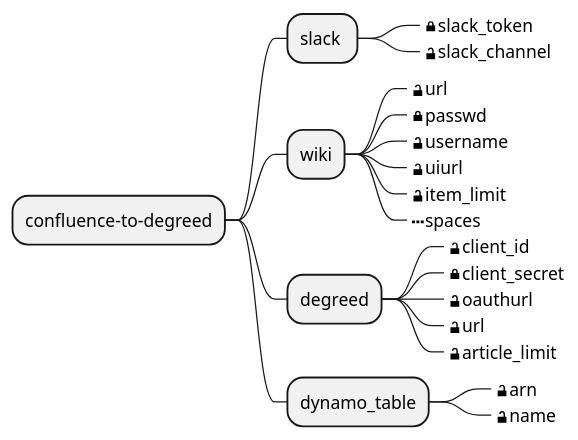
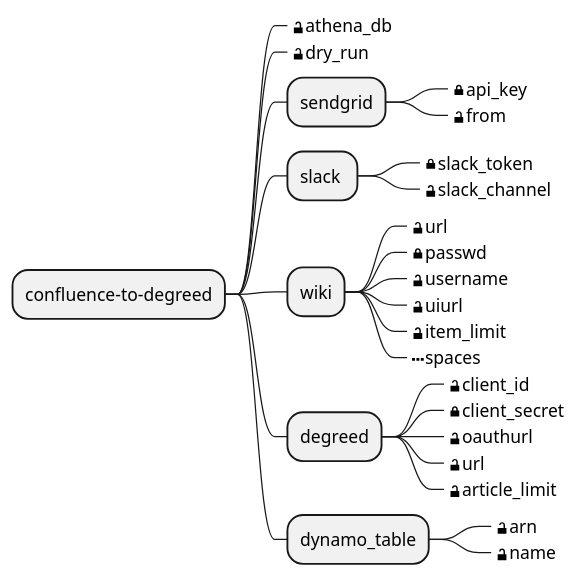
The diagram in design/params.puml (stevelitras/confluence-to-degreed), drawn with PlantUML before and after one commit. The commit also changed 2 other files, not shown here.

```diff
--- a/design/params.puml
+++ b/design/params.puml
@@ -1,23 +1,28 @@
 @startmindmap
 * confluence-to-degreed
+**_ <&lock-unlocked>athena_db
+**_ <&lock-unlocked>dry_run
+** sendgrid
+***_ <&lock-locked>api_key
+***_ <&lock-unlocked>from
 ** slack 
 ***_ <&lock-locked>slack_token
 ***_ <&lock-unlocked>slack_channel
 ** wiki
 ***_ <&lock-unlocked>url
 ***_ <&lock-locked>passwd
 ***_ <&lock-unlocked>username
 ***_ <&lock-unlocked>uiurl
 ***_ <&lock-unlocked>item_limit
 ***_ <&ellipses>spaces
 ** degreed
 ***_ <&lock-unlocked>client_id
 ***_ <&lock-locked>client_secret
 ***_ <&lock-unlocked>oauthurl
 ***_ <&lock-unlocked>url
 ***_ <&lock-unlocked>article_limit
 ** dynamo_table
 ***_ <&lock-unlocked>arn
 ***_ <&lock-unlocked>name
 
 @endmindmap
```
